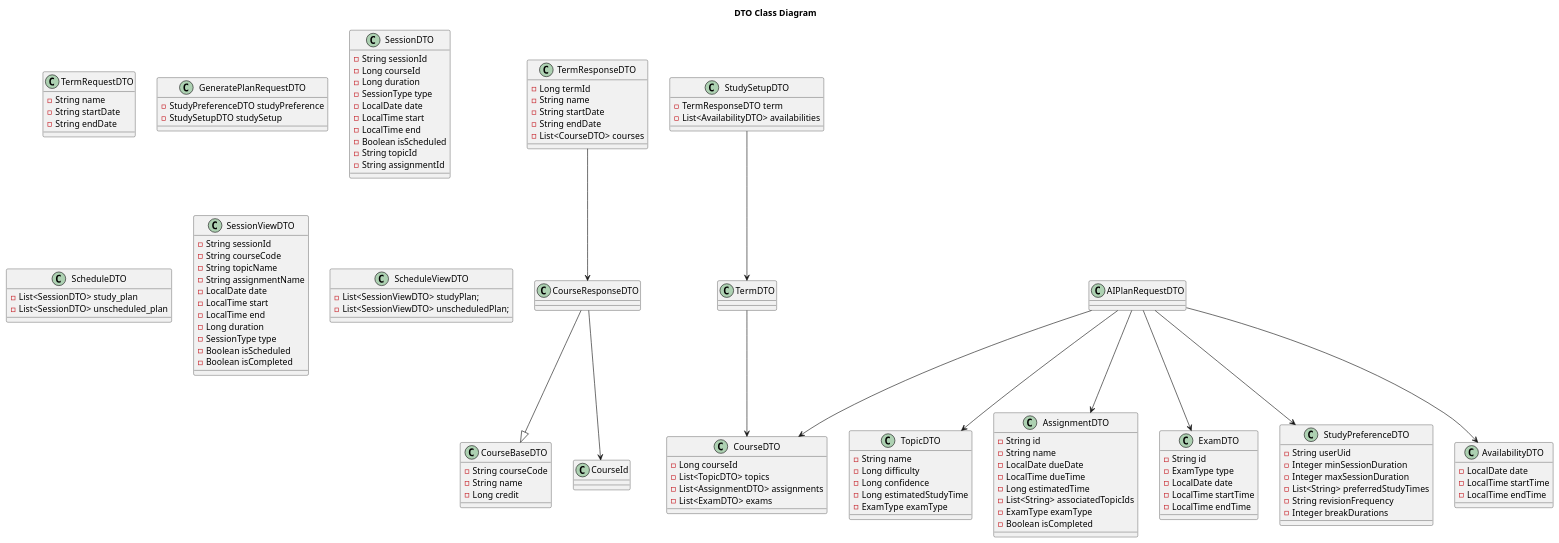
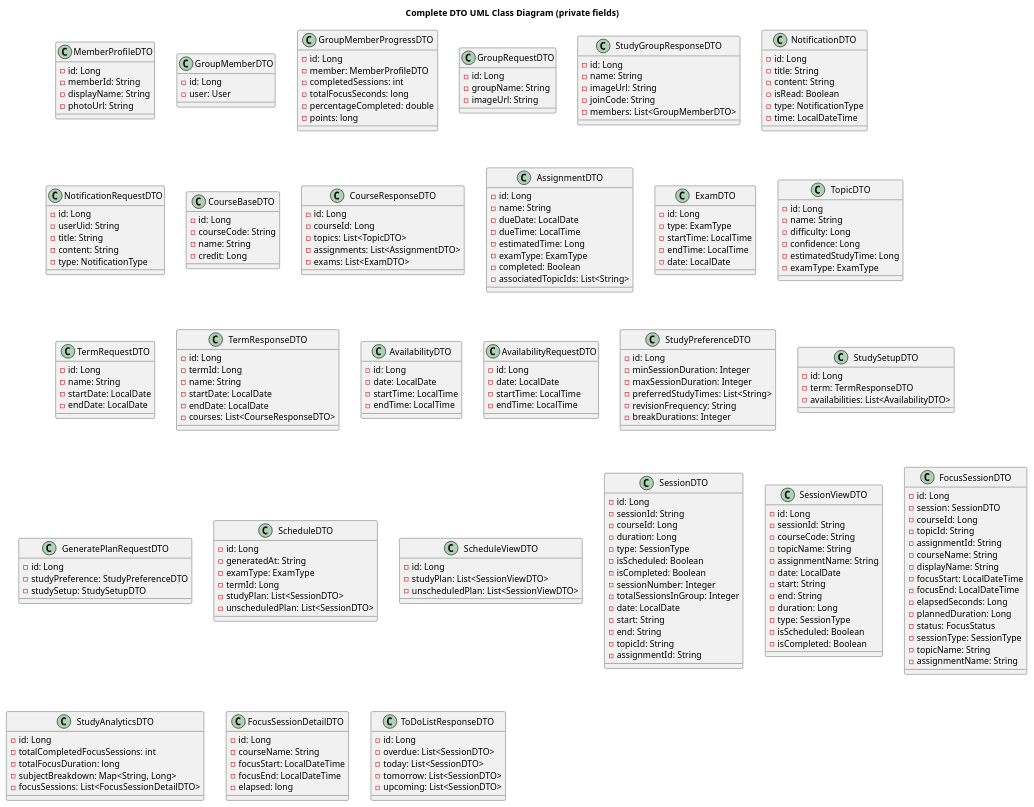
The diagram in dto.puml (keerati5003/PlanMate-Diagram), drawn with PlantUML before and after one commit. The commit also changed 3 other files, not shown here.

Commit message:
update diagram final progress

```diff
--- a/dto.puml
+++ b/dto.puml
@@ -1,132 +1,239 @@
 @startuml
-title DTO Class Diagram
+title Complete DTO UML Class Diagram (private fields)
+
+class MemberProfileDTO {
+    - id: Long
+    - memberId: String
+    - displayName: String
+    - photoUrl: String
+}
+
+class GroupMemberDTO {
+    - id: Long
+    - user: User
+}
+
+class GroupMemberProgressDTO {
+    - id: Long
+    - member: MemberProfileDTO
+    - completedSessions: int
+    - totalFocusSeconds: long
+    - percentageCompleted: double
+    - points: long
+}
+
+class GroupRequestDTO {
+    - id: Long
+    - groupName: String
+    - imageUrl: String
+}
+
+class StudyGroupResponseDTO {
+    - id: Long
+    - name: String
+    - imageUrl: String
+    - joinCode: String
+    - members: List<GroupMemberDTO>
+}
+
+class NotificationDTO {
+    - id: Long
+    - title: String
+    - content: String
+    - isRead: Boolean
+    - type: NotificationType
+    - time: LocalDateTime
+}
+
+class NotificationRequestDTO {
+    - id: Long
+    - userUid: String
+    - title: String
+    - content: String
+    - type: NotificationType
+}
+
+class CourseBaseDTO {
+    - id: Long
+    - courseCode: String
+    - name: String
+    - credit: Long
+}
+
+class CourseResponseDTO {
+    - id: Long
+    - courseId: Long
+    - topics: List<TopicDTO>
+    - assignments: List<AssignmentDTO>
+    - exams: List<ExamDTO>
+}
+
+class AssignmentDTO {
+    - id: Long
+    - name: String
+    - dueDate: LocalDate
+    - dueTime: LocalTime
+    - estimatedTime: Long
+    - examType: ExamType
+    - completed: Boolean
+    - associatedTopicIds: List<String>
+}
+
+class ExamDTO {
+    - id: Long
+    - type: ExamType
+    - startTime: LocalTime
+    - endTime: LocalTime
+    - date: LocalDate
+}
+
+class TopicDTO {
+    - id: Long
+    - name: String
+    - difficulty: Long
+    - confidence: Long
+    - estimatedStudyTime: Long
+    - examType: ExamType
+}
 
 class TermRequestDTO {
-    - String name
-    - String startDate
-    - String endDate
+    - id: Long
+    - name: String
+    - startDate: LocalDate
+    - endDate: LocalDate
 }
 
 class TermResponseDTO {
-    - Long termId
-    - String name
-    - String startDate
-    - String endDate
-    - List<CourseDTO> courses
+    - id: Long
+    - termId: Long
+    - name: String
+    - startDate: LocalDate
+    - endDate: LocalDate
+    - courses: List<CourseResponseDTO>
 }
 
-class CourseBaseDTO {
-    - String courseCode
-    - String name
-    - Long credit
+class AvailabilityDTO {
+    - id: Long
+    - date: LocalDate
+    - startTime: LocalTime
+    - endTime: LocalTime
 }
 
-class CourseDTO {
-    - Long courseId
-    - List<TopicDTO> topics
-    - List<AssignmentDTO> assignments
-    - List<ExamDTO> exams
-}
-
-class TopicDTO {
-    - String name
-    - Long difficulty
-    - Long confidence
-    - Long estimatedStudyTime
-    - ExamType examType
-}
-
-class AssignmentDTO {
-    - String id
-    - String name
-    - LocalDate dueDate
-    - LocalTime dueTime
-    - Long estimatedTime
-    - List<String> associatedTopicIds
-    - ExamType examType
-    - Boolean isCompleted
-}
-
-class ExamDTO {
-    - String id
-    - ExamType type
-    - LocalDate date
-    - LocalTime startTime
-    - LocalTime endTime
+class AvailabilityRequestDTO {
+    - id: Long
+    - date: LocalDate
+    - startTime: LocalTime
+    - endTime: LocalTime
 }
 
 class StudyPreferenceDTO {
-    - String userUid
-    - Integer minSessionDuration
-    - Integer maxSessionDuration
-    - List<String> preferredStudyTimes
-    - String revisionFrequency
-    - Integer breakDurations
+    - id: Long
+    - minSessionDuration: Integer
+    - maxSessionDuration: Integer
+    - preferredStudyTimes: List<String>
+    - revisionFrequency: String
+    - breakDurations: Integer
 }
 
-class AvailabilityDTO {
-    - LocalDate date
-    - LocalTime startTime
-    - LocalTime endTime
+class StudySetupDTO {
+    - id: Long
+    - term: TermResponseDTO
+    - availabilities: List<AvailabilityDTO>
 }
 
 class GeneratePlanRequestDTO {
-    - StudyPreferenceDTO studyPreference
-    - StudySetupDTO studySetup
+    - id: Long
+    - studyPreference: StudyPreferenceDTO
+    - studySetup: StudySetupDTO
 }
 
-class StudySetupDTO {
-    - TermResponseDTO term
-    - List<AvailabilityDTO> availabilities
+class ScheduleDTO {
+    - id: Long
+    - generatedAt: String
+    - examType: ExamType
+    - termId: Long
+    - studyPlan: List<SessionDTO>
+    - unscheduledPlan: List<SessionDTO>
+}
+
+class ScheduleViewDTO {
+    - id: Long
+    - studyPlan: List<SessionViewDTO>
+    - unscheduledPlan: List<SessionViewDTO>
 }
 
 class SessionDTO {
-    - String sessionId
-    - Long courseId
-    - Long duration
-    - SessionType type
-    - LocalDate date
-    - LocalTime start
-    - LocalTime end
-    - Boolean isScheduled
-    - String topicId
-    - String assignmentId
-}
-
-class ScheduleDTO {
-    - List<SessionDTO> study_plan
-    - List<SessionDTO> unscheduled_plan
+    - id: Long
+    - sessionId: String
+    - courseId: Long
+    - duration: Long
+    - type: SessionType
+    - isScheduled: Boolean
+    - isCompleted: Boolean
+    - sessionNumber: Integer
+    - totalSessionsInGroup: Integer
+    - date: LocalDate
+    - start: String
+    - end: String
+    - topicId: String
+    - assignmentId: String
 }
 
 class SessionViewDTO {
-    - String sessionId
-    - String courseCode
-    - String topicName
-    - String assignmentName
-    - LocalDate date
-    - LocalTime start
-    - LocalTime end
-    - Long duration
-    - SessionType type
-    - Boolean isScheduled
-    - Boolean isCompleted
+    - id: Long
+    - sessionId: String
+    - courseCode: String
+    - topicName: String
+    - assignmentName: String
+    - date: LocalDate
+    - start: String
+    - end: String
+    - duration: Long
+    - type: SessionType
+    - isScheduled: Boolean
+    - isCompleted: Boolean
 }
 
-class ScheduleViewDTO {
-    - List<SessionViewDTO> studyPlan;
-    - List<SessionViewDTO> unscheduledPlan;
+class FocusSessionDTO {
+    - id: Long
+    - session: SessionDTO
+    - courseId: Long
+    - topicId: String
+    - assignmentId: String
+    - courseName: String
+    - displayName: String
+    - focusStart: LocalDateTime
+    - focusEnd: LocalDateTime
+    - elapsedSeconds: Long
+    - plannedDuration: Long
+    - status: FocusStatus
+    - sessionType: SessionType
+    - topicName: String
+    - assignmentName: String
 }
 
-CourseResponseDTO --|> CourseBaseDTO
-CourseResponseDTO --> CourseId
-TermResponseDTO --> CourseResponseDTO
-TermDTO --> CourseDTO
-StudySetupDTO --> TermDTO
-AIPlanRequestDTO --> StudyPreferenceDTO
-AIPlanRequestDTO --> AvailabilityDTO
-AIPlanRequestDTO --> CourseDTO
-AIPlanRequestDTO --> TopicDTO
-AIPlanRequestDTO --> AssignmentDTO
-AIPlanRequestDTO --> ExamDTO
+class StudyAnalyticsDTO {
+    - id: Long
+    - totalCompletedFocusSessions: int
+    - totalFocusDuration: long
+    - subjectBreakdown: Map<String, Long>
+    - focusSessions: List<FocusSessionDetailDTO>
+}
+
+class FocusSessionDetailDTO {
+    - id: Long
+    - courseName: String
+    - focusStart: LocalDateTime
+    - focusEnd: LocalDateTime
+    - elapsed: long
+}
+
+class ToDoListResponseDTO {
+    - id: Long
+    - overdue: List<SessionDTO>
+    - today: List<SessionDTO>
+    - tomorrow: List<SessionDTO>
+    - upcoming: List<SessionDTO>
+}
 
 @enduml
```
